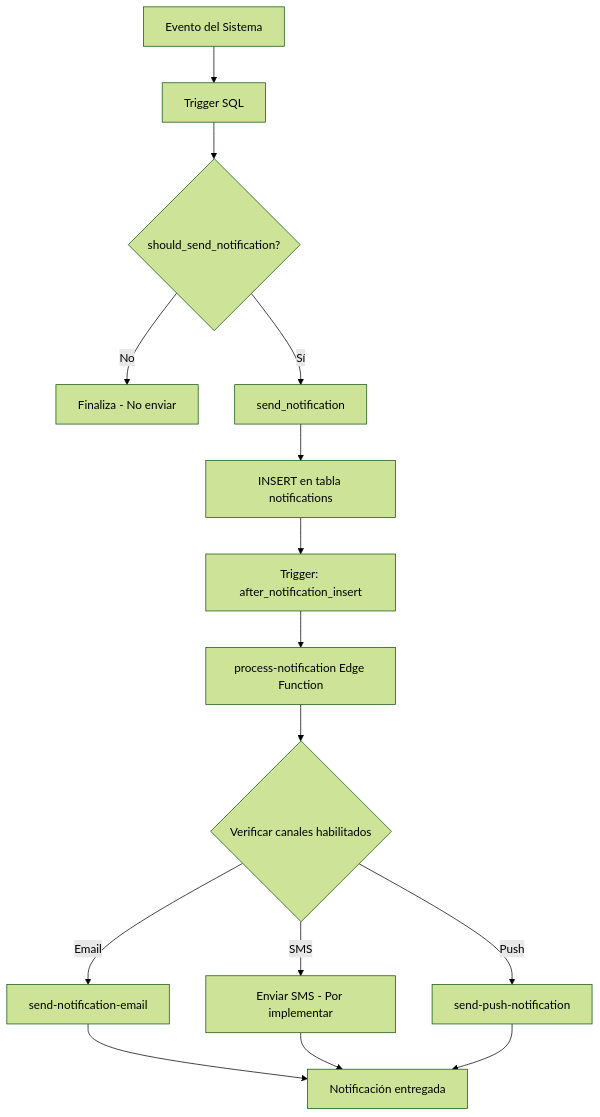
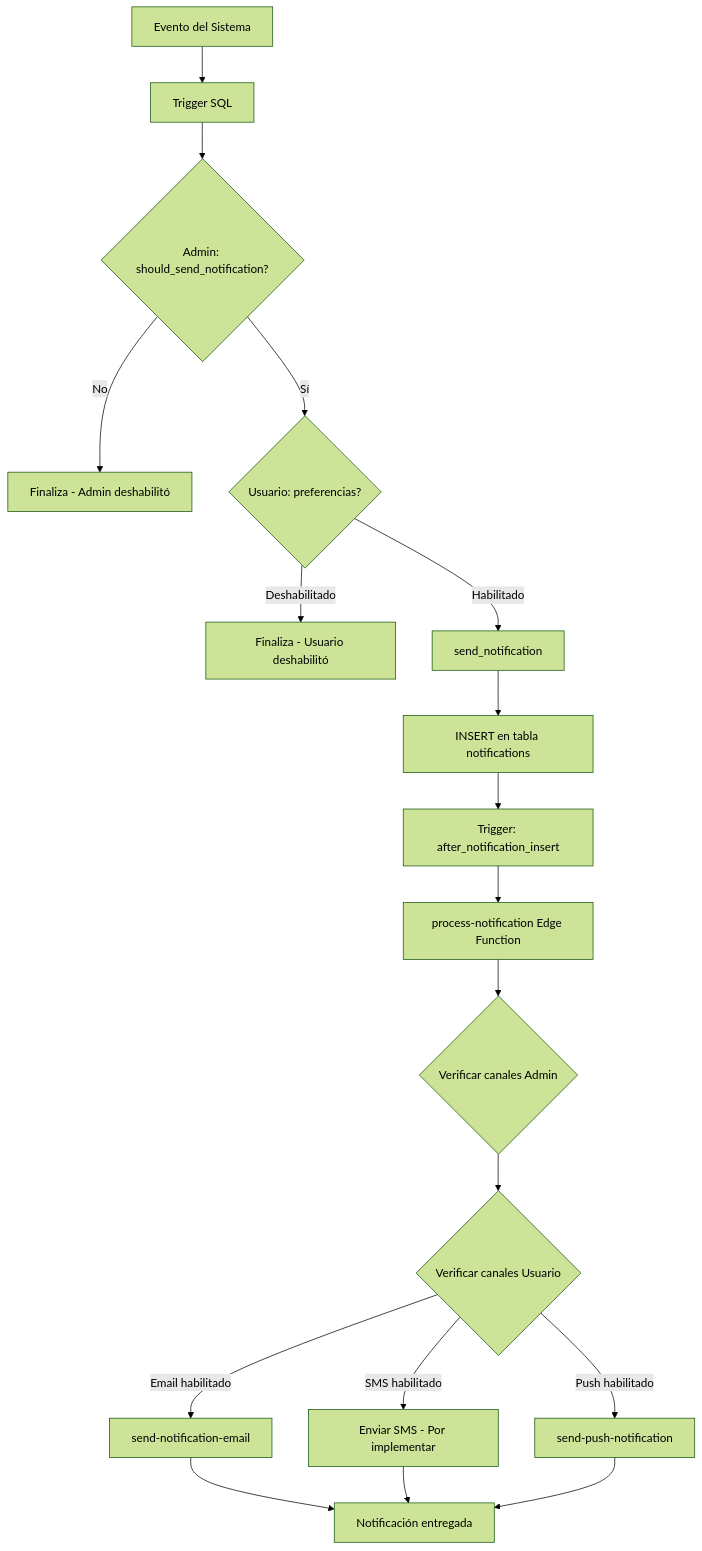
The diagram in NOTIFICATIONS_SYSTEM.md (agencianocode/talent-digital-io-landing), drawn with Mermaid (forest theme) before and after one commit. The commit also changed other lines of this file and 6 other files, not shown here.

````diff
--- a/NOTIFICATIONS_SYSTEM.md
+++ b/NOTIFICATIONS_SYSTEM.md
@@ -135,17 +162,20 @@
 ```mermaid
 graph TD
     A[Evento del Sistema] --> B[Trigger SQL]
-    B --> C{should_send_notification?}
-    C -->|No| D[Finaliza - No enviar]
-    C -->|Sí| E[send_notification]
-    E --> F[INSERT en tabla notifications]
-    F --> G[Trigger: after_notification_insert]
-    G --> H[process-notification Edge Function]
-    H --> I{Verificar canales habilitados}
-    I -->|Email| J[send-notification-email]
-    I -->|SMS| K[Enviar SMS - Por implementar]
-    I -->|Push| L[send-push-notification]
-    J --> M[Notificación entregada]
-    K --> M
-    L --> M
+    B --> C{Admin: should_send_notification?}
+    C -->|No| D[Finaliza - Admin deshabilitó]
+    C -->|Sí| E{Usuario: preferencias?}
+    E -->|Deshabilitado| F[Finaliza - Usuario deshabilitó]
+    E -->|Habilitado| G[send_notification]
+    G --> H[INSERT en tabla notifications]
+    H --> I[Trigger: after_notification_insert]
+    I --> J[process-notification Edge Function]
+    J --> K{Verificar canales Admin}
+    K --> L{Verificar canales Usuario}
+    L -->|Email habilitado| M[send-notification-email]
+    L -->|SMS habilitado| N[Enviar SMS - Por implementar]
+    L -->|Push habilitado| O[send-push-notification]
+    M --> P[Notificación entregada]
+    N --> P
+    O --> P
 ```
````
